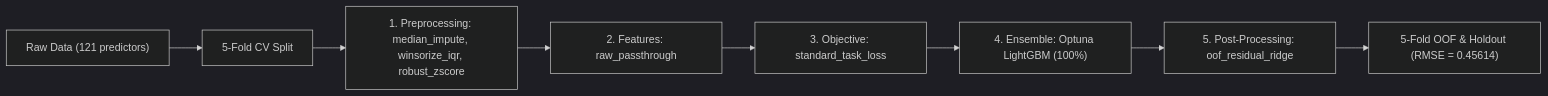
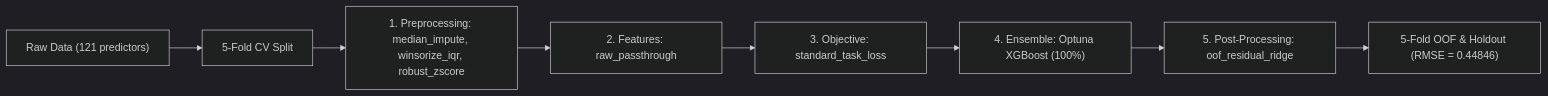
Before and after one commit to stefanoclss/UM-Game-Playing-Strength-of-MCTS-Variants: the diagram in README.md, drawn with Mermaid (dark theme). The commit also changed other lines of this file, not shown here.

First line of the commit message:
docs(readme): refresh verified OOF benchmark & build ledger (RMSE=0.44846)

````diff
--- a/README.md
+++ b/README.md
@@ -73,10 +74,10 @@
 ```mermaid
 flowchart LR
     DATA["Raw Data (121 predictors)"] --> SPLIT["5-Fold CV Split"]
     SPLIT --> PRE["1. Preprocessing: median_impute, winsorize_iqr, robust_zscore"]
     PRE --> FEAT["2. Features: raw_passthrough"]
     FEAT --> OBJ["3. Objective: standard_task_loss"]
-    OBJ --> M0["4. Ensemble: Optuna LightGBM (100%)"]
+    OBJ --> M0["4. Ensemble: Optuna XGBoost (100%)"]
     M0 --> POST["5. Post-Processing: oof_residual_ridge"]
-    POST --> OUT["5-Fold OOF & Holdout (RMSE = 0.45614)"]
+    POST --> OUT["5-Fold OOF & Holdout (RMSE = 0.44846)"]
 ```
````
